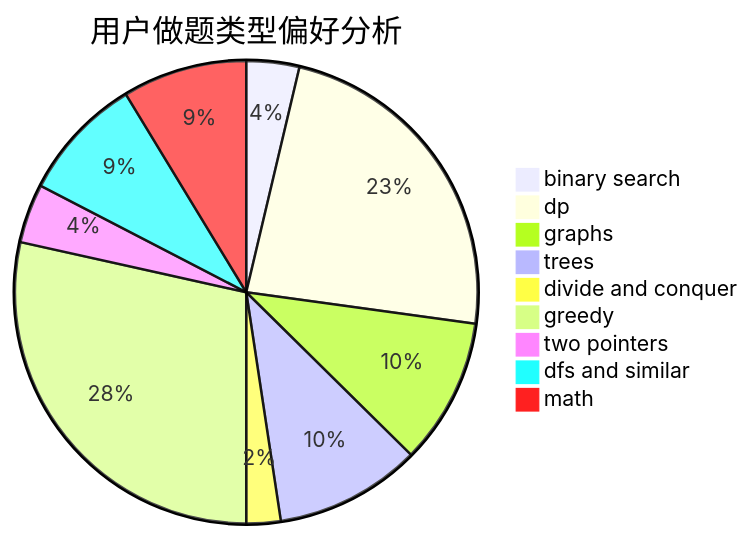
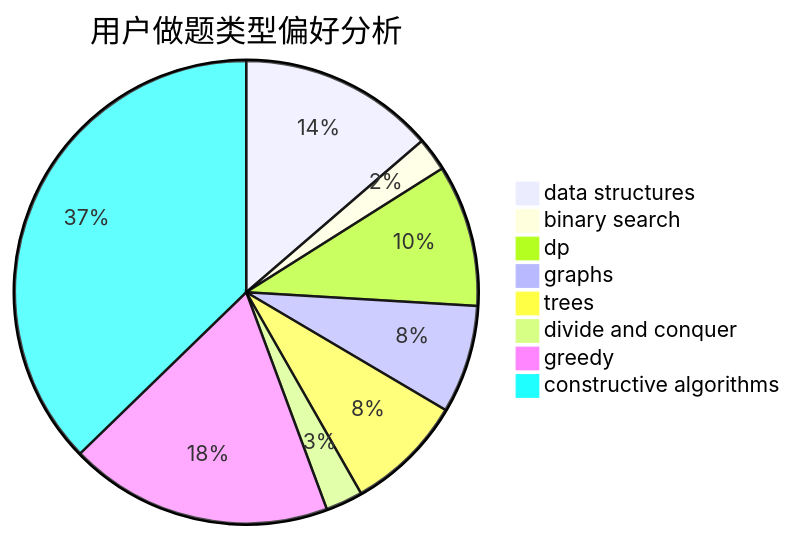
One commit to sherpahu/cfrs.github.io changed the second of 3 diagrams in docs/user/u1730.md. Above: the diagram before and after it, drawn with Mermaid. The commit also changed other lines of this file and 2775 other files, not shown here.

````diff
--- a/docs/user/u1730.md
+++ b/docs/user/u1730.md
@@ -23,12 +23,11 @@
 ```mermaid
 pie title 用户做题类型偏好分析
-    "binary search" :  17
-    "dp" :  108
-    "graphs" :  47
-    "trees" :  47
+    "data structures" :  58
+    "binary search" :  10
+    "dp" :  42
+    "graphs" :  32
+    "trees" :  35
     "divide and conquer" :  11
-    "greedy" :  131
-    "two pointers" :  19
-    "dfs and similar" :  40
-    "math" :  40
+    "greedy" :  78
+    "constructive algorithms" :  158
 ```
````
